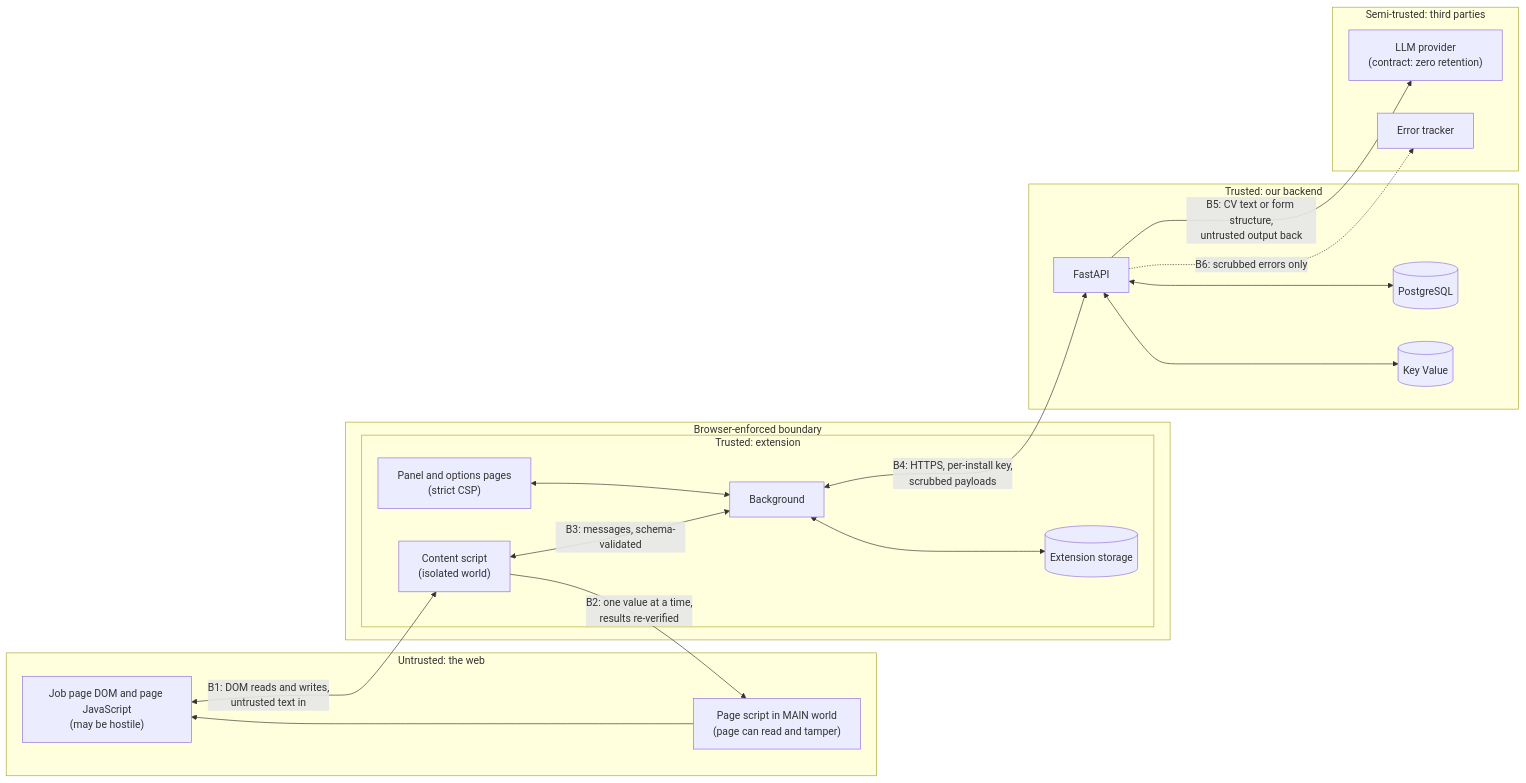
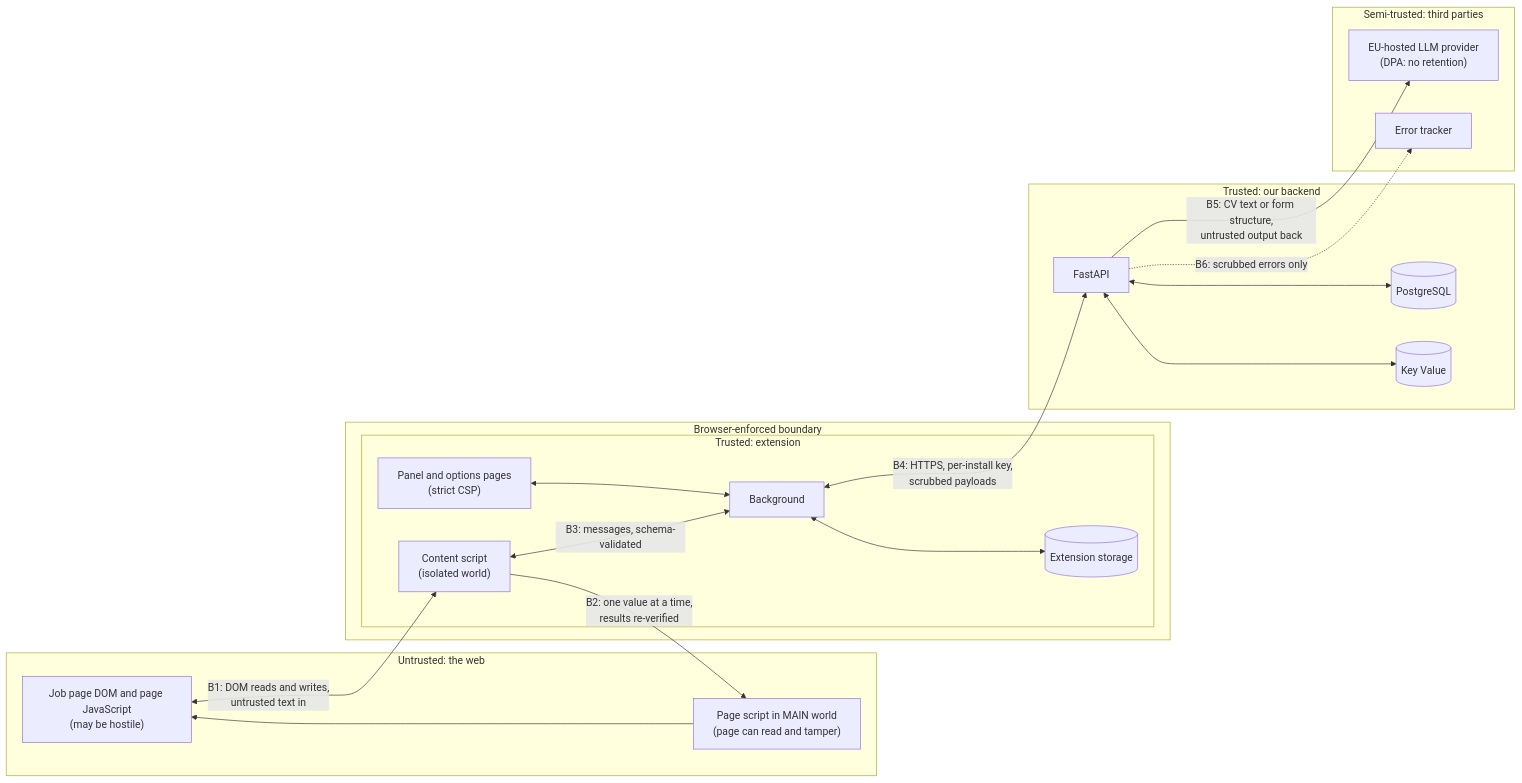
The diagram in docs/threat-model.md (mustaphi-dev/cv-autofill), drawn with Mermaid before and after one commit. The commit also changed other lines of this file and 3 other files, not shown here.

````diff
--- a/docs/threat-model.md
+++ b/docs/threat-model.md
@@ -19,39 +19,39 @@
 ```mermaid
 flowchart LR
     subgraph web["Untrusted: the web"]
         page["Job page DOM and page JavaScript<br/>(may be hostile)"]
         main["Page script in MAIN world<br/>(page can read and tamper)"]
     end
 
     subgraph browser["Browser-enforced boundary"]
         subgraph ext["Trusted: extension"]
             cs["Content script<br/>(isolated world)"]
             bg["Background"]
             ui["Panel and options pages<br/>(strict CSP)"]
             st[("Extension storage")]
         end
     end
 
     subgraph ours["Trusted: our backend"]
         api["FastAPI"]
         db[("PostgreSQL")]
         kv[("Key Value")]
     end
 
     subgraph third["Semi-trusted: third parties"]
-        llm["LLM provider<br/>(contract: zero retention)"]
+        llm["EU-hosted LLM provider<br/>(DPA: no retention)"]
         err["Error tracker"]
     end
 
     page <-->|"B1: DOM reads and writes,<br/>untrusted text in"| cs
     cs -->|"B2: one value at a time,<br/>results re-verified"| main
     main --> page
     cs <-->|"B3: messages, schema-validated"| bg
     ui <--> bg
     bg <--> st
     bg <-->|"B4: HTTPS, per-install key,<br/>scrubbed payloads"| api
     api <--> db
     api <--> kv
     api -->|"B5: CV text or form structure,<br/>untrusted output back"| llm
     api -.->|"B6: scrubbed errors only"| err
 ```
````
